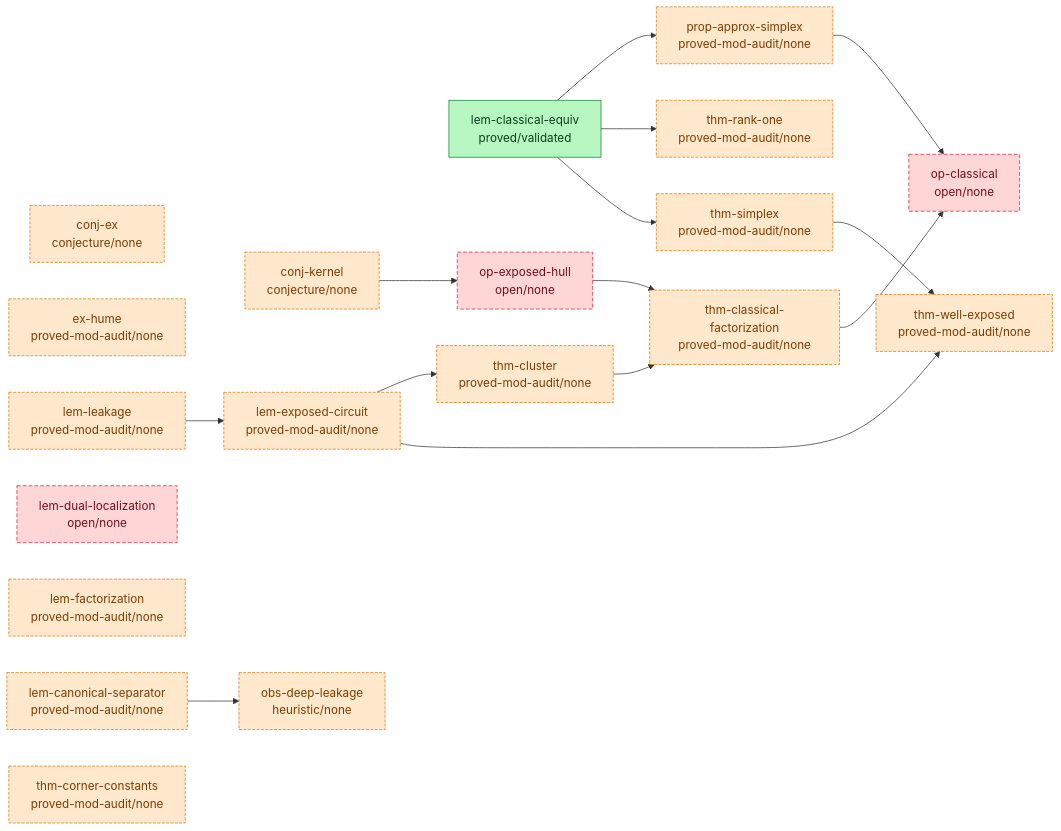
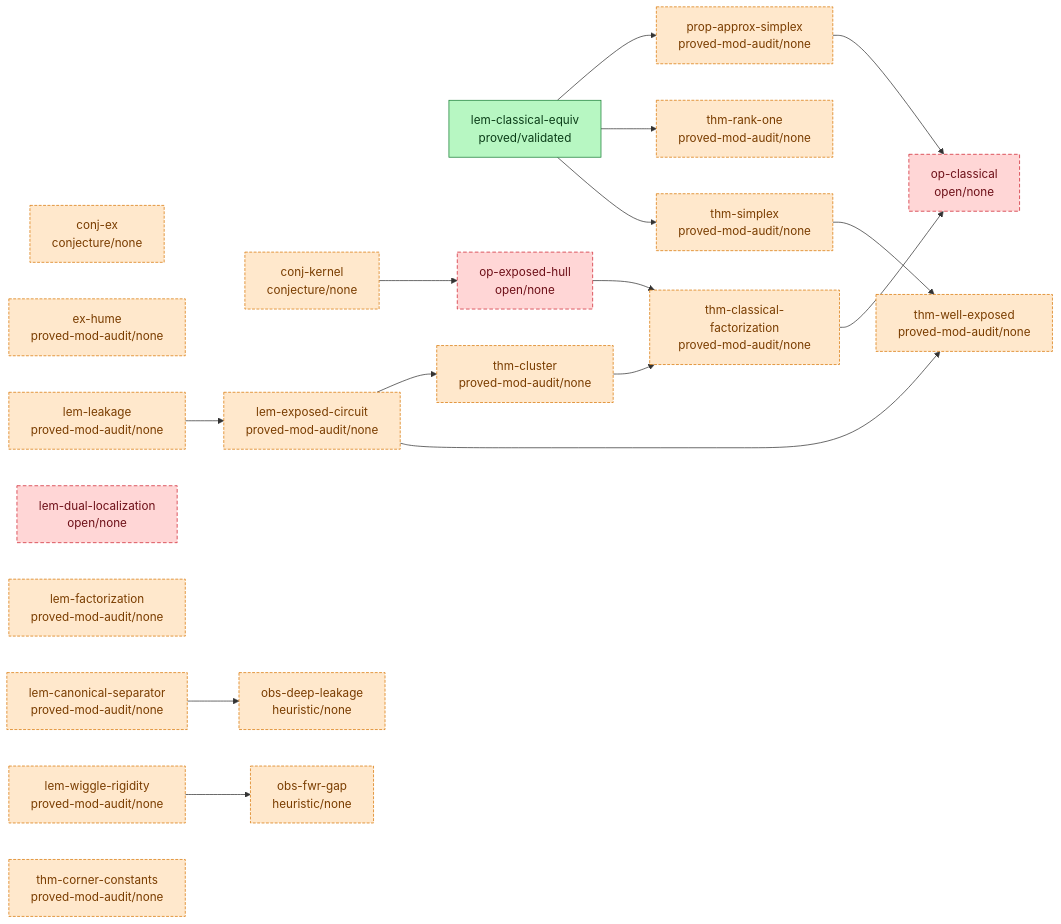
Before and after one commit to tobiasosborne/almost-idempotent-stochastic-maps: the diagram in argument/DAG.md, drawn with Mermaid. The commit also changed other lines of this file and 6 other files, not shown here.

````diff
--- a/argument/DAG.md
+++ b/argument/DAG.md
@@ -6,45 +6,48 @@
 ```mermaid
 graph LR
   classDef validated fill:#b7f7c2,stroke:#1a7f37,color:#0b3d18;
   classDef proved fill:#cfe3ff,stroke:#0969da,color:#0a3069;
   classDef seeded fill:#fff3c4,stroke:#bf8700,color:#5a4500;
   classDef stated fill:#eaecef,stroke:#8b949e,color:#24292f;
   classDef cited fill:#e7d6ff,stroke:#8250df,color:#3b1a73;
   classDef nonrigorous fill:#ffe8cc,stroke:#d97706,color:#7a3d00,stroke-dasharray:4 2;
   classDef open fill:#ffd6d6,stroke:#cf222e,color:#6e1119,stroke-dasharray:5 3;
   conj-ex["conj-ex<br/>conjecture/none"]
   conj-kernel["conj-kernel<br/>conjecture/none"]
   ex-hume["ex-hume<br/>proved-mod-audit/none"]
   lem-canonical-separator["lem-canonical-separator<br/>proved-mod-audit/none"]
   lem-classical-equiv["lem-classical-equiv<br/>proved/validated"]
   lem-dual-localization["lem-dual-localization<br/>open/none"]
   lem-exposed-circuit["lem-exposed-circuit<br/>proved-mod-audit/none"]
   lem-factorization["lem-factorization<br/>proved-mod-audit/none"]
   lem-leakage["lem-leakage<br/>proved-mod-audit/none"]
+  lem-wiggle-rigidity["lem-wiggle-rigidity<br/>proved-mod-audit/none"]
   obs-deep-leakage["obs-deep-leakage<br/>heuristic/none"]
+  obs-fwr-gap["obs-fwr-gap<br/>heuristic/none"]
   op-classical["op-classical<br/>open/none"]
   op-exposed-hull["op-exposed-hull<br/>open/none"]
   prop-approx-simplex["prop-approx-simplex<br/>proved-mod-audit/none"]
   thm-classical-factorization["thm-classical-factorization<br/>proved-mod-audit/none"]
   thm-cluster["thm-cluster<br/>proved-mod-audit/none"]
   thm-corner-constants["thm-corner-constants<br/>proved-mod-audit/none"]
   thm-rank-one["thm-rank-one<br/>proved-mod-audit/none"]
   thm-simplex["thm-simplex<br/>proved-mod-audit/none"]
   thm-well-exposed["thm-well-exposed<br/>proved-mod-audit/none"]
   conj-kernel --> op-exposed-hull
   lem-canonical-separator --> obs-deep-leakage
   lem-classical-equiv --> prop-approx-simplex
   lem-classical-equiv --> thm-rank-one
   lem-classical-equiv --> thm-simplex
   lem-exposed-circuit --> thm-cluster
   lem-exposed-circuit --> thm-well-exposed
   lem-leakage --> lem-exposed-circuit
+  lem-wiggle-rigidity --> obs-fwr-gap
   op-exposed-hull --> thm-classical-factorization
   prop-approx-simplex --> op-classical
   thm-classical-factorization --> op-classical
   thm-cluster --> thm-classical-factorization
   thm-simplex --> thm-well-exposed
   class lem-classical-equiv validated;
-  class conj-ex,conj-kernel,ex-hume,lem-canonical-separator,lem-exposed-circuit,lem-factorization,lem-leakage,obs-deep-leakage,prop-approx-simplex,thm-classical-factorization,thm-cluster,thm-corner-constants,thm-rank-one,thm-simplex,thm-well-exposed nonrigorous;
+  class conj-ex,conj-kernel,ex-hume,lem-canonical-separator,lem-exposed-circuit,lem-factorization,lem-leakage,lem-wiggle-rigidity,obs-deep-leakage,obs-fwr-gap,prop-approx-simplex,thm-classical-factorization,thm-cluster,thm-corner-constants,thm-rank-one,thm-simplex,thm-well-exposed nonrigorous;
   class lem-dual-localization,op-classical,op-exposed-hull open;
 ```
````
